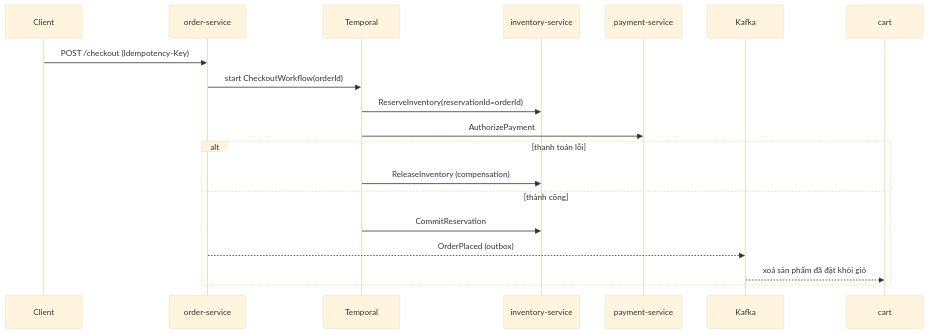
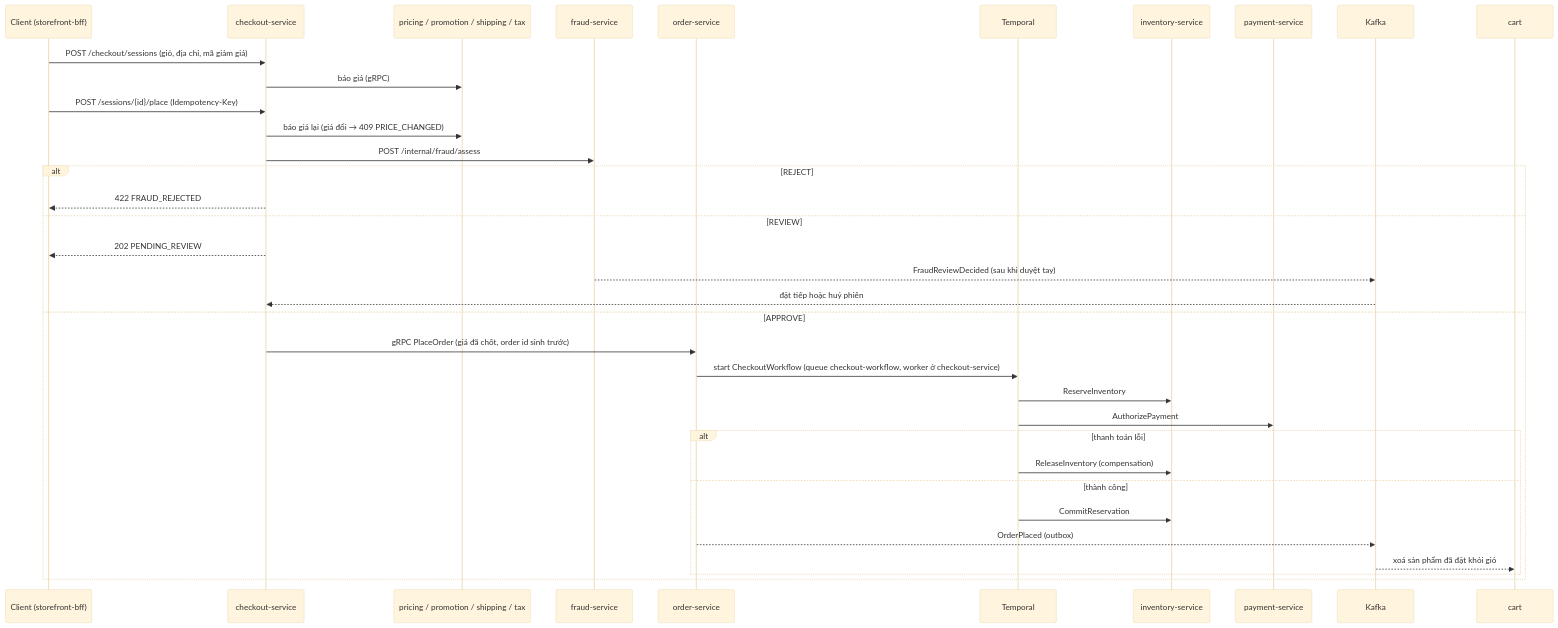
One commit to pdcthanh112/congthanh-app changed the second of 2 diagrams in backend/app/ecommerce/docs/architecture/overview.md. Above: the diagram before and after it, drawn with Mermaid (base theme). The commit also changed other lines of this file and 890 other files, not shown here.

````diff
--- a/backend/app/ecommerce/docs/architecture/overview.md
+++ b/backend/app/ecommerce/docs/architecture/overview.md
@@ -30,20 +30,36 @@
 ```mermaid
 sequenceDiagram
-  participant C as Client
+  participant C as Client (storefront-bff)
+  participant CK as checkout-service
+  participant PR as pricing / promotion / shipping / tax
+  participant F as fraud-service
   participant O as order-service
   participant T as Temporal
   participant I as inventory-service
   participant P as payment-service
   participant K as Kafka
-  C->>O: POST /checkout (Idempotency-Key)
-  O->>T: start CheckoutWorkflow(orderId)
-  T->>I: ReserveInventory(reservationId=orderId)
-  T->>P: AuthorizePayment
-  alt thanh toán lỗi
-    T->>I: ReleaseInventory (compensation)
-  else thành công
-    T->>I: CommitReservation
-    O-->>K: OrderPlaced (outbox)
-    K-->>cart: xoá sản phẩm đã đặt khỏi giỏ
+  C->>CK: POST /checkout/sessions (giỏ, địa chỉ, mã giảm giá)
+  CK->>PR: báo giá (gRPC)
+  C->>CK: POST /sessions/{id}/place (Idempotency-Key)
+  CK->>PR: báo giá lại (giá đổi → 409 PRICE_CHANGED)
+  CK->>F: POST /internal/fraud/assess
+  alt REJECT
+    CK-->>C: 422 FRAUD_REJECTED
+  else REVIEW
+    CK-->>C: 202 PENDING_REVIEW
+    F-->>K: FraudReviewDecided (sau khi duyệt tay)
+    K-->>CK: đặt tiếp hoặc huỷ phiên
+  else APPROVE
+    CK->>O: gRPC PlaceOrder (giá đã chốt, order id sinh trước)
+    O->>T: start CheckoutWorkflow (queue checkout-workflow, worker ở checkout-service)
+    T->>I: ReserveInventory
+    T->>P: AuthorizePayment
+    alt thanh toán lỗi
+      T->>I: ReleaseInventory (compensation)
+    else thành công
+      T->>I: CommitReservation
+      O-->>K: OrderPlaced (outbox)
+      K-->>cart: xoá sản phẩm đã đặt khỏi giỏ
+    end
   end
 ```
````
